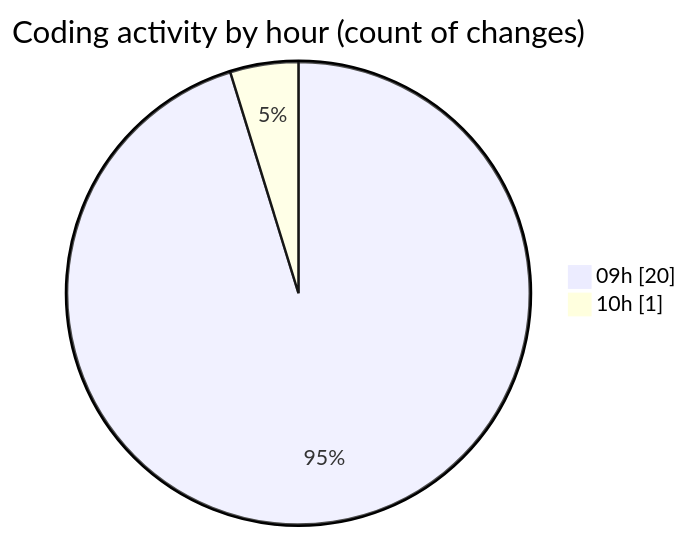
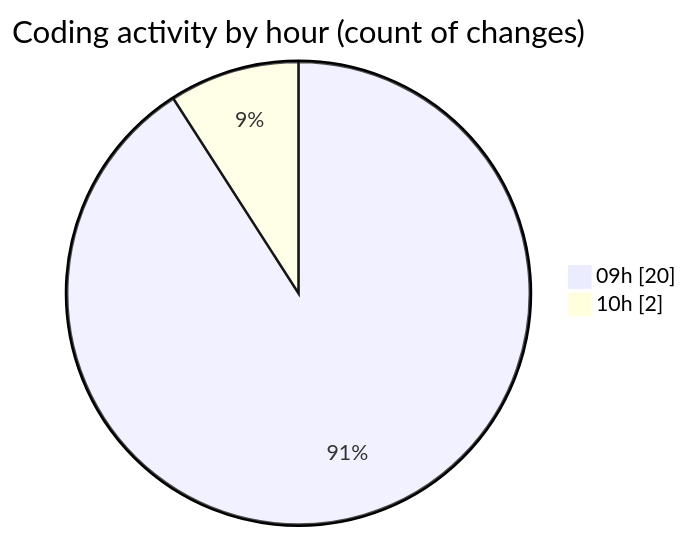
Before and after one commit to robertbonfada/code-tracking: the second of 2 diagrams in 2025-03-19/peregrino-web/README.md, drawn with Mermaid. The commit also changed other lines of this file and 1 other file, not shown here.

````diff
--- a/2025-03-19/peregrino-web/README.md
+++ b/2025-03-19/peregrino-web/README.md
@@ -32,6 +32,6 @@
 ```mermaid
 pie showData
 title Coding activity by hour (count of changes)
 "09h" : 20
-"10h" : 1
+"10h" : 2
 ```
````
